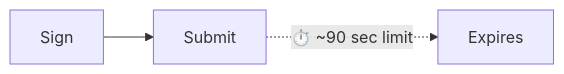
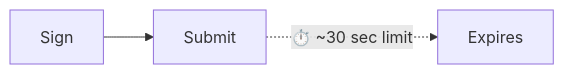
One commit to solana-foundation/solana-com changed the second of 2 diagrams in apps/docs/content/docs/en/payments/advanced-payments/deferred-execution.mdx. Above: the diagram before and after it, drawn with Mermaid. The commit also changed other lines of this file and 595 other files, not shown here.

````diff
--- a/apps/docs/content/docs/en/payments/advanced-payments/deferred-execution.mdx
+++ b/apps/docs/content/docs/en/payments/advanced-payments/deferred-execution.mdx
@@ -56,5 +56,5 @@
 ```mermaid
 flowchart LR
     S1[Sign] --> S2[Submit]
-    S2 -. "⏱️ ~90 sec limit" .-> S3[Expires]
+    S2 -. "⏱️ ~30 sec limit" .-> S3[Expires]
 ```
````
